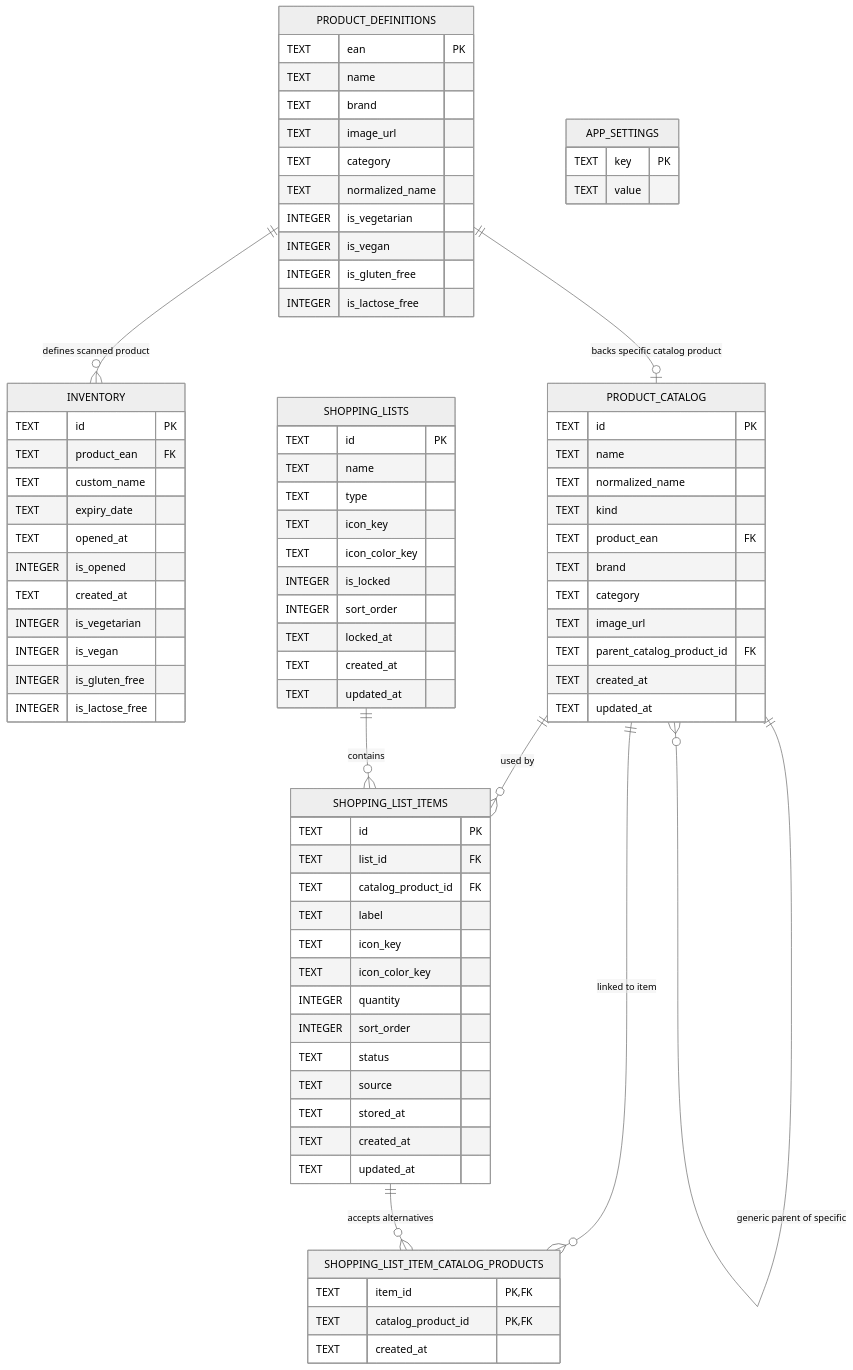
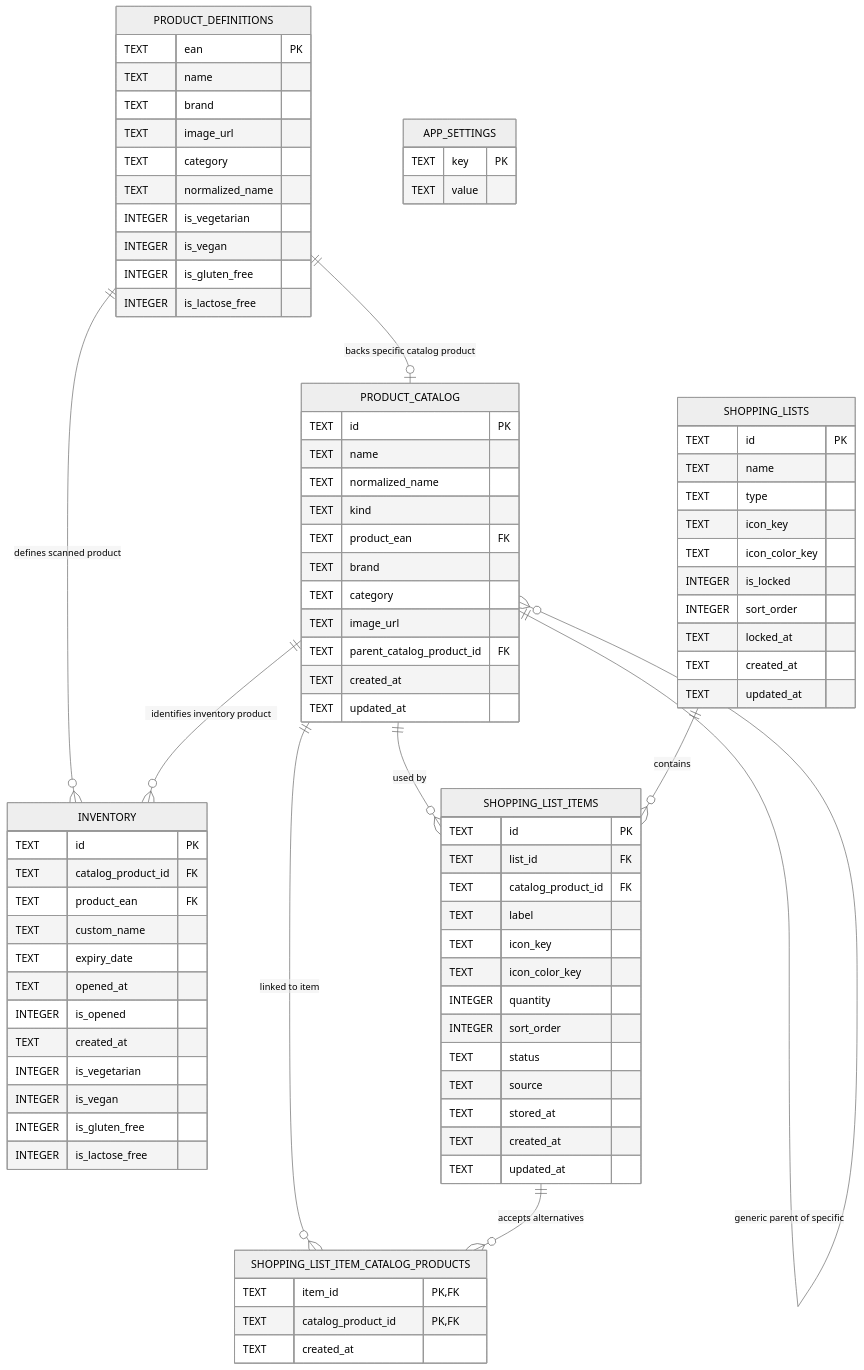
One commit to nazwa-zespolu/ShelfChef changed the diagram in docs/db/schema.md. Above: the diagram before and after it, drawn with Mermaid (neutral theme). The commit also changed other lines of this file and 15 other files, not shown here.

Commit message:
refactor: link inventory to catalog products by ID

```diff
--- a/docs/db/schema.md
+++ b/docs/db/schema.md
@@ -18,6 +18,7 @@
 
     INVENTORY {
         TEXT id PK
+        TEXT catalog_product_id FK
         TEXT product_ean FK
         TEXT custom_name
         TEXT expiry_date
@@ -86,6 +87,7 @@
 
     PRODUCT_DEFINITIONS ||--o{ INVENTORY : "defines scanned product"
     PRODUCT_DEFINITIONS ||--o| PRODUCT_CATALOG : "backs specific catalog product"
+    PRODUCT_CATALOG ||--o{ INVENTORY : "identifies inventory product"
 
     PRODUCT_CATALOG ||--o{ SHOPPING_LIST_ITEMS : "used by"
     PRODUCT_CATALOG ||--o{ PRODUCT_CATALOG : "generic parent of specific"
```
